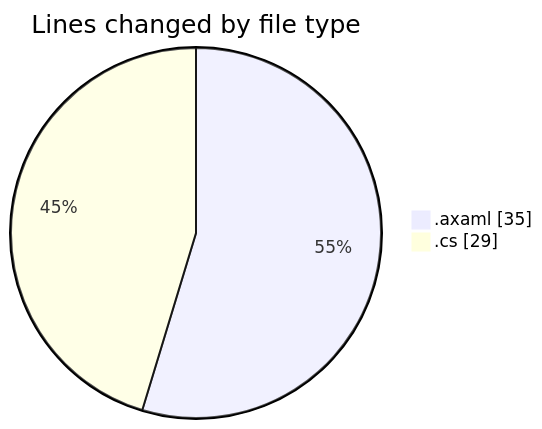
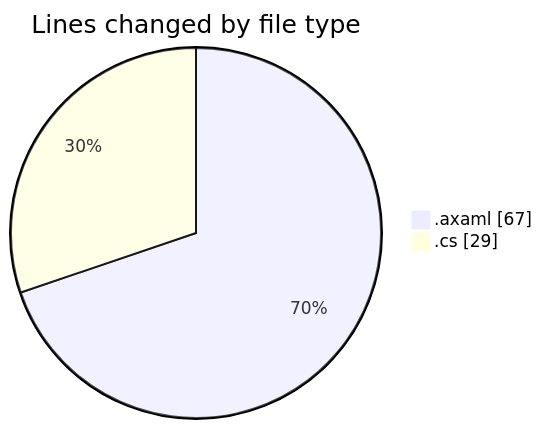
Before and after one commit to Netris89/code-tracking: the first of 2 diagrams in 2025-10-30/skintrack/README.md, drawn with Mermaid. The commit also changed other lines of this file and 1 other file, not shown here.

````diff
--- a/2025-10-30/skintrack/README.md
+++ b/2025-10-30/skintrack/README.md
@@ -21,6 +21,6 @@
 ```mermaid
 pie showData
 title Lines changed by file type
-".axaml" : 35
+".axaml" : 67
 ".cs" : 29
 ```
````
